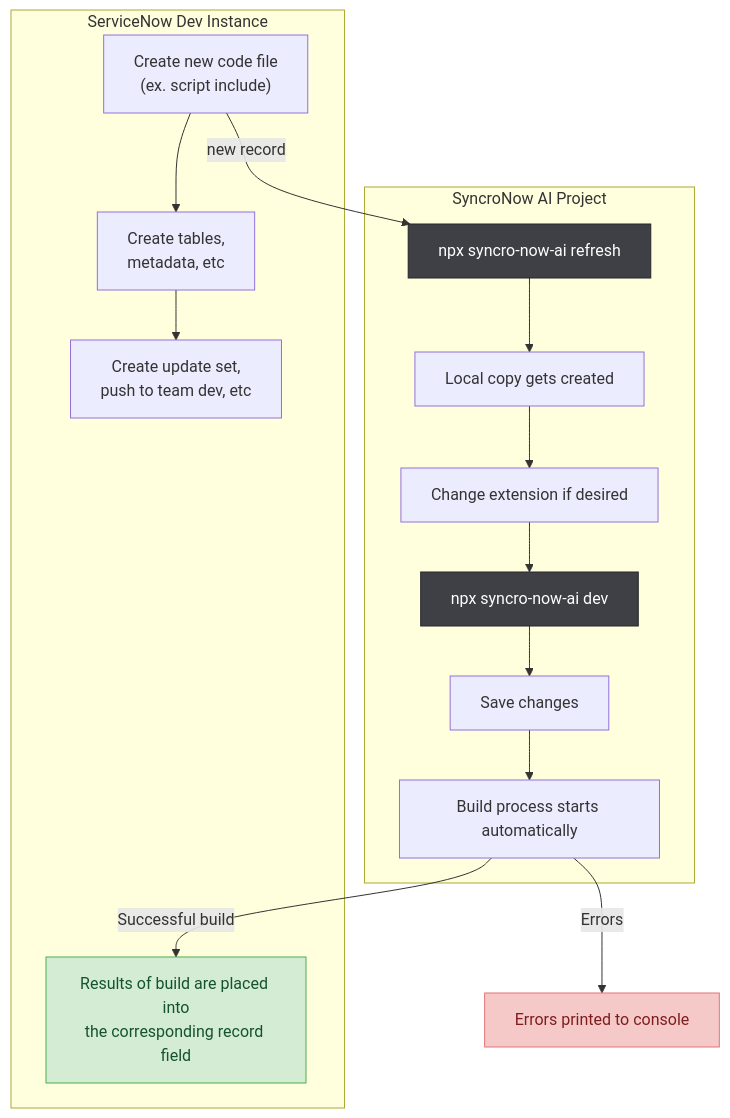
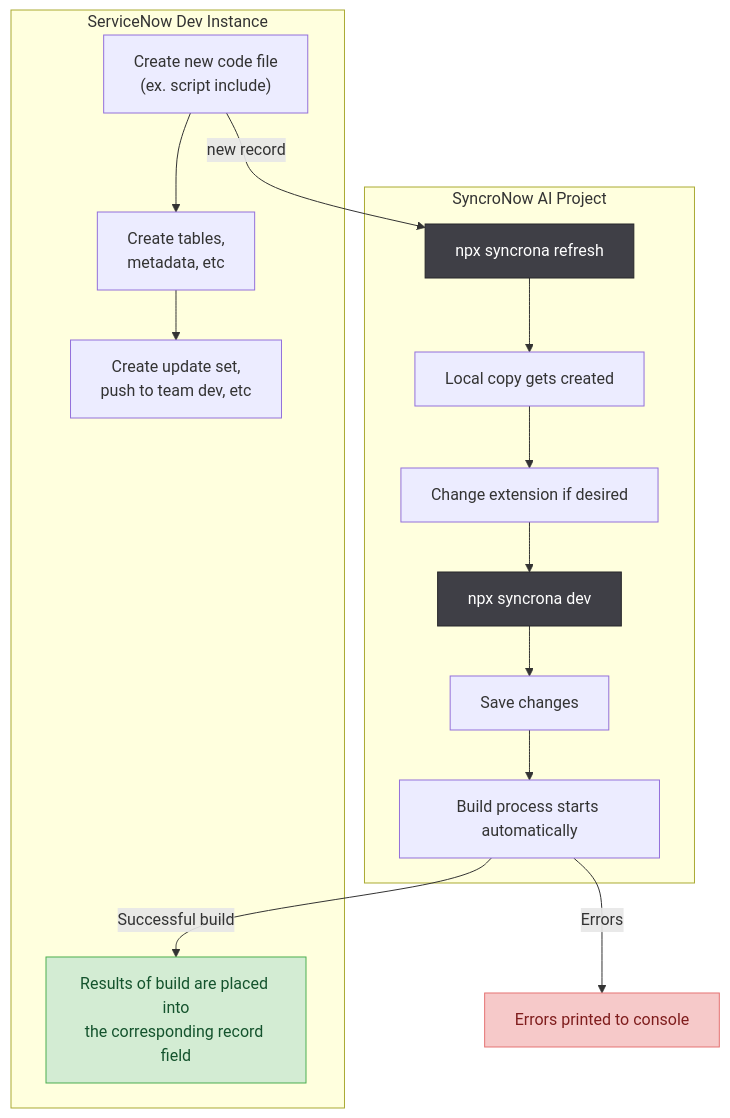
Before and after one commit to IvanBBaev/syncrona: the first of 2 diagrams in README.md, drawn with Mermaid. The commit also changed other lines of this file and 157 other files, not shown here.

First line of the commit message:
chore: rename npm identifier syncro-now-ai -> syncrona

````diff
--- a/README.md
+++ b/README.md
@@ -401,28 +401,28 @@
 ```mermaid
 flowchart TD
     subgraph SN["ServiceNow Dev Instance"]
         A["Create new code file<br/>(ex. script include)"]
         B["Create tables,<br/>metadata, etc"]
         C["Create update set,<br/>push to team dev, etc"]
         OK["Results of build are placed into<br/>the corresponding record field"]:::ok
         A --> B --> C
     end
 
     subgraph SY["SyncroNow AI Project"]
-        REF["npx syncro-now-ai refresh"]:::cmd
+        REF["npx syncrona refresh"]:::cmd
         LC["Local copy gets created"]
         CE["Change extension if desired"]
-        DEV["npx syncro-now-ai dev"]:::cmd
+        DEV["npx syncrona dev"]:::cmd
         SV["Save changes"]
         BP["Build process starts automatically"]
         REF --> LC --> CE --> DEV --> SV --> BP
     end
 
     A -->|new record| REF
     BP -->|Successful build| OK
     BP -->|Errors| ERR["Errors printed to console"]:::err
 
     classDef cmd fill:#3f3f46,color:#ffffff,stroke:#27272a;
     classDef ok fill:#d3ecd3,color:#14532d,stroke:#4caf50;
     classDef err fill:#f6c9c9,color:#7f1d1d,stroke:#e57373;
 ```
````
